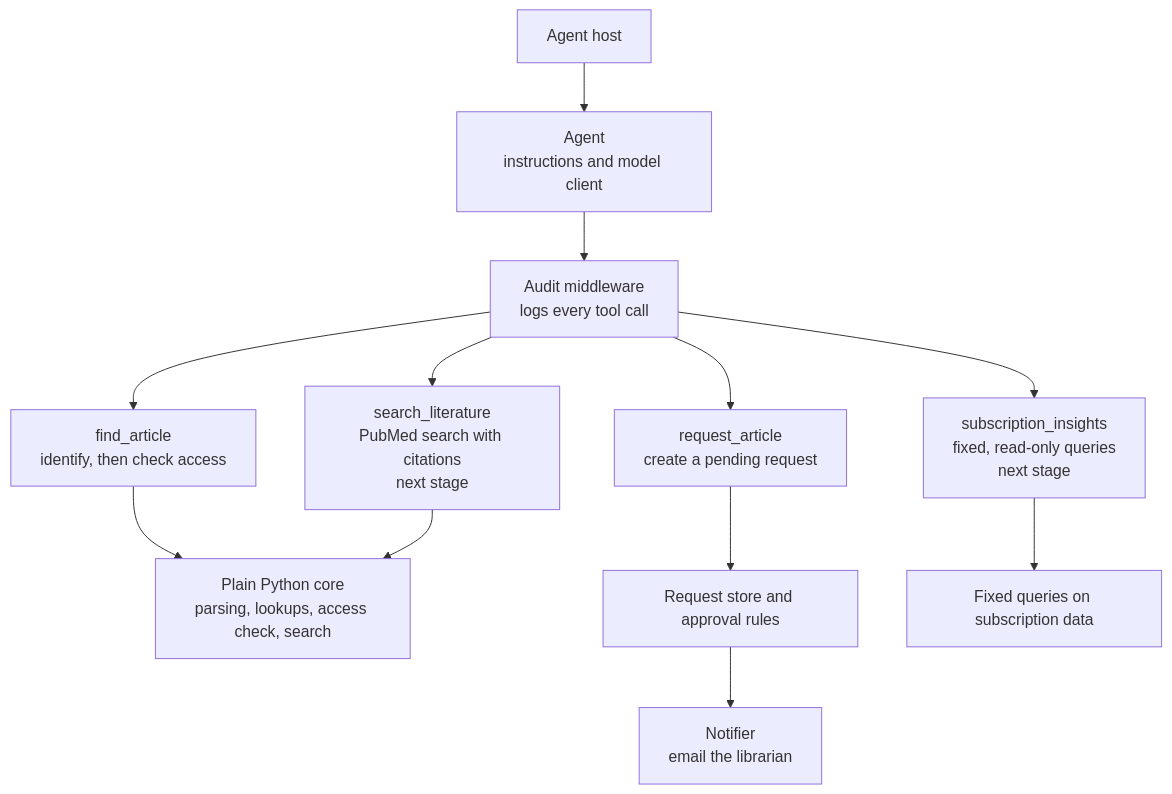
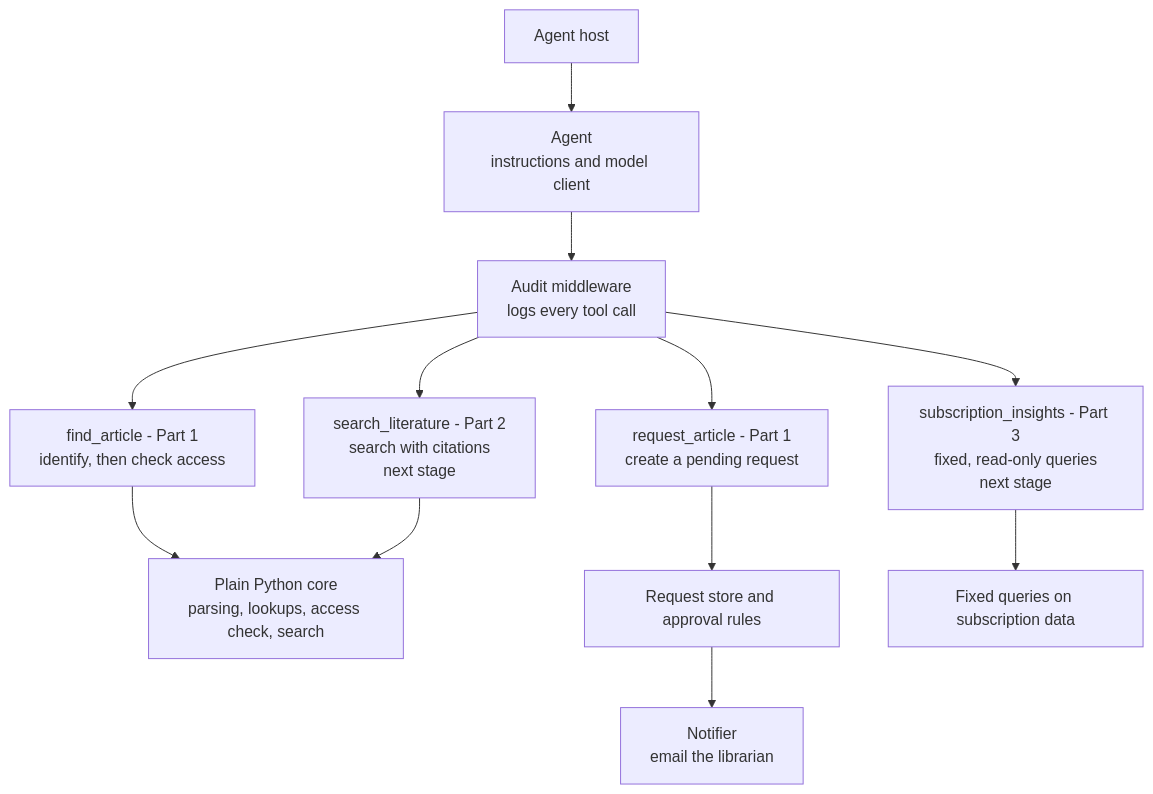
One commit to hamza-roujdami/medical-libraryIQ changed the fourth of 4 diagrams in README.md. Above: the diagram before and after it, drawn with Mermaid. The commit also changed other lines of this file, not shown here.

Commit message:
Align names and part numbers across README tables and diagrams

````diff
--- a/README.md
+++ b/README.md
@@ -67,14 +68,14 @@
 ```mermaid
 flowchart TB
   H["Agent host"] --> AG["Agent<br/>instructions and model client"]
   AG --> MW["Audit middleware<br/>logs every tool call"]
-  MW --> T1["find_article<br/>identify, then check access"]
-  MW --> T2["request_article<br/>create a pending request"]
-  MW --> T3["search_literature<br/>PubMed search with citations<br/>next stage"]
-  MW --> T4["subscription_insights<br/>fixed, read-only queries<br/>next stage"]
+  MW --> T1["find_article - Part 1<br/>identify, then check access"]
+  MW --> T2["request_article - Part 1<br/>create a pending request"]
+  MW --> T3["search_literature - Part 2<br/>search with citations<br/>next stage"]
+  MW --> T4["subscription_insights - Part 3<br/>fixed, read-only queries<br/>next stage"]
   T1 --> CORE["Plain Python core<br/>parsing, lookups, access check, search"]
   T3 --> CORE
   T2 --> STORE["Request store and approval rules"]
   STORE --> NOTIFY["Notifier<br/>email the librarian"]
   T4 --> QUERIES["Fixed queries on subscription data"]
 ```
````
